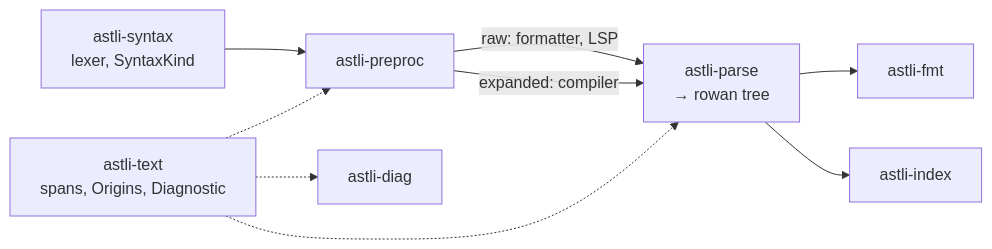
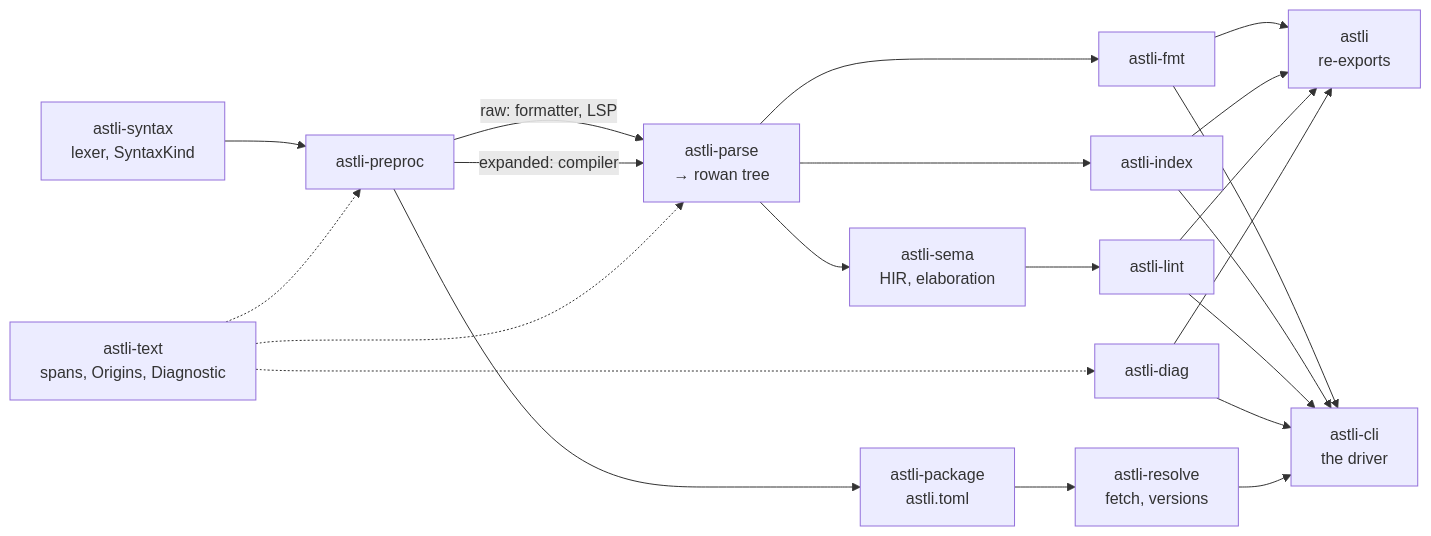
The diagram in docs/plan.md (fischeti/astli), drawn with Mermaid before and after one commit. The commit also changed other lines of this file and 17 other files, not shown here.

````diff
--- a/docs/plan.md
+++ b/docs/plan.md
@@ -49,9 +49,15 @@
 ```mermaid
 flowchart LR
     syntax["astli-syntax<br>lexer, SyntaxKind"] --> preproc["astli-preproc"]
     preproc -->|raw: formatter, LSP| parse["astli-parse<br>→ rowan tree"]
     preproc -->|expanded: compiler| parse
     parse --> fmt["astli-fmt"]
     parse --> index["astli-index"]
+    parse --> sema["astli-sema<br>HIR, elaboration"]
+    sema --> lint["astli-lint"]
+    preproc --> package["astli-package<br>astli.toml"]
+    package --> resolve["astli-resolve<br>fetch, versions"]
     text["astli-text<br>spans, Origins, Diagnostic"] -.-> preproc & parse & diag["astli-diag"]
+    fmt & index & lint & diag --> umbrella["astli<br>re-exports"]
+    fmt & index & lint & diag & resolve --> cli["astli-cli<br>the driver"]
 ```
````
